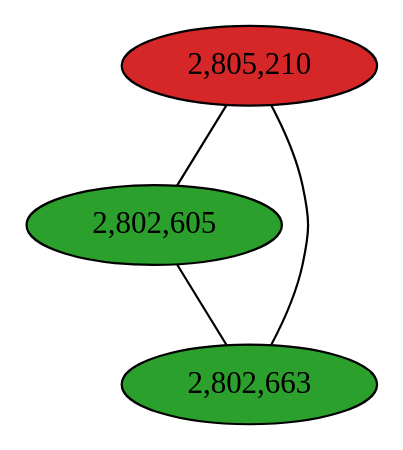
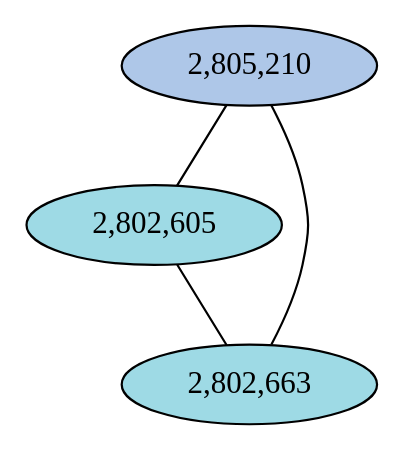
The diagram in notebooks/graphs/BACTEROIDALES_cc7.gv (fedarko/sheepgut), drawn with Graphviz before and after one commit. The commit also changed 48 other files, not shown here.

```diff
--- a/notebooks/graphs/BACTEROIDALES_cc7.gv
+++ b/notebooks/graphs/BACTEROIDALES_cc7.gv
@@ -1,10 +1,10 @@
 graph BACTEROIDALES_cc7 {
 	overlap="prism50";
 	outputorder="edgesfirst";
-	"2,805,210" [style="filled", fillcolor="#d62728", fontcolor="#000000"];
-	"2,802,605" [style="filled", fillcolor="#2ca02c", fontcolor="#000000"];
-	"2,802,663" [style="filled", fillcolor="#2ca02c", fontcolor="#000000"];
+	"2,805,210" [style="filled", fillcolor="#aec7e8", fontcolor="#000000"];
+	"2,802,605" [style="filled", fillcolor="#9edae5", fontcolor="#000000"];
+	"2,802,663" [style="filled", fillcolor="#9edae5", fontcolor="#000000"];
 	"2,805,210" -- "2,802,605";
 	"2,805,210" -- "2,802,663";
 	"2,802,605" -- "2,802,663";
 }
```
